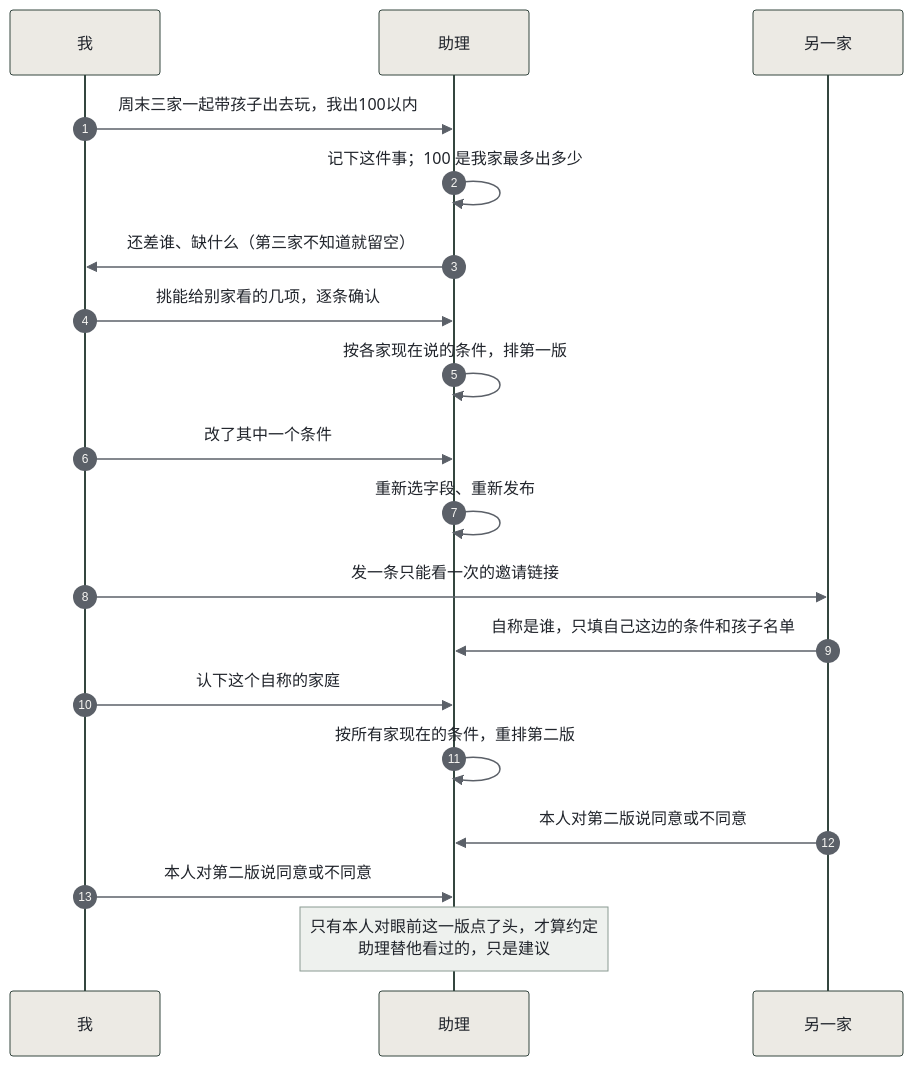
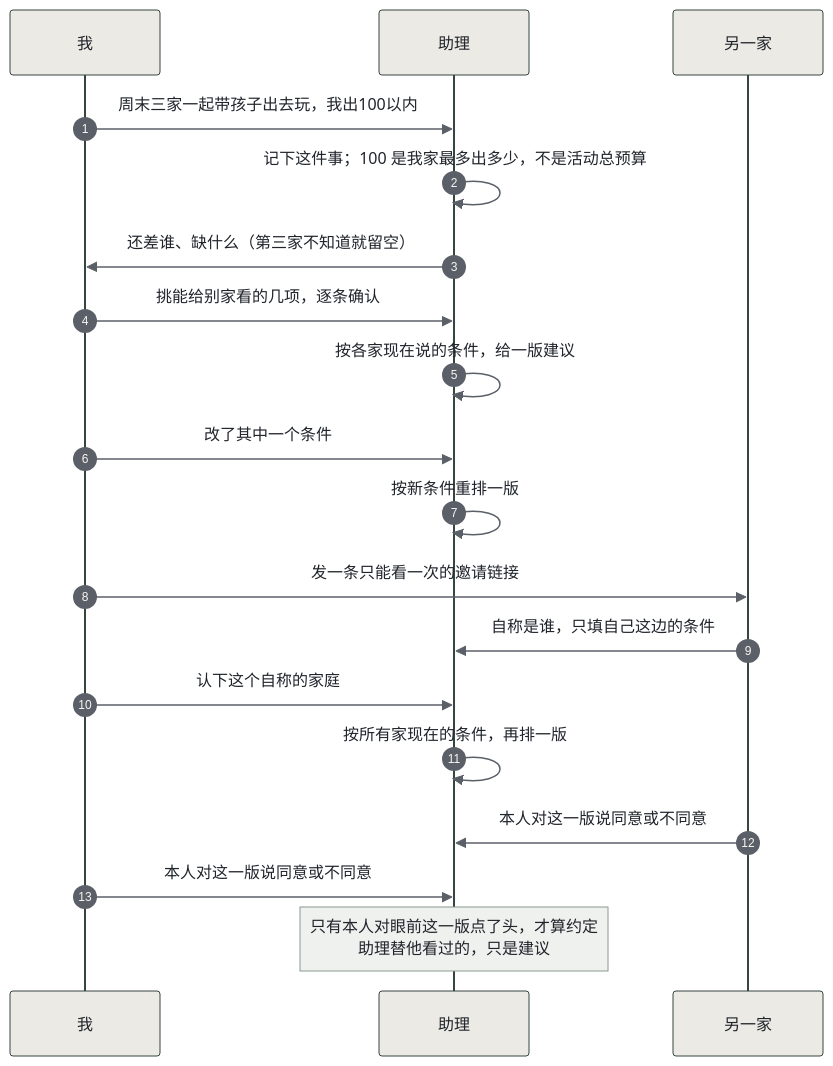
Before and after one commit to larisfavour-lang/personal-ai-hackathon: the second of 4 diagrams in README.md, drawn with Mermaid. The commit also changed other lines of this file and 1 other file, not shown here.

Commit message:
docs: sync poster and diagrams with README; add poster generator

````diff
--- a/README.md
+++ b/README.md
@@ -67,22 +67,22 @@
 ```mermaid
 %%{init: {"theme":"base","themeVariables":{"background":"#f7f6f3","mainBkg":"#eceae4","primaryColor":"#eceae4","primaryTextColor":"#20242b","primaryBorderColor":"#34463f","secondaryColor":"#eef1ee","secondaryBorderColor":"#8a9a92","tertiaryColor":"#f7f6f3","tertiaryBorderColor":"#d9d6cf","lineColor":"#5b6068","textColor":"#20242b","fontFamily":"PingFang SC, Microsoft YaHei, sans-serif","fontSize":"15px","clusterBkg":"#f7f6f3","clusterBorder":"#d9d6cf","edgeLabelBackground":"#f7f6f3","nodeBorder":"#34463f","actorBkg":"#eceae4","actorBorder":"#34463f","actorTextColor":"#20242b","signalColor":"#5b6068","signalTextColor":"#20242b","noteBkgColor":"#eef1ee","noteTextColor":"#20242b","noteBorderColor":"#8a9a92","labelBoxBkgColor":"#eceae4","labelBoxBorderColor":"#34463f","labelTextColor":"#20242b","sequenceNumberColor":"#f7f6f3","activationBkgColor":"#eef1ee","activationBorderColor":"#8a9a92"}}}%%
 sequenceDiagram
   autonumber
   participant U as 我
   participant A as 助理
   participant F as 另一家
   U->>A: 周末三家一起带孩子出去玩，我出100以内
-  A->>A: 记下这件事；100 是我家最多出多少
+  A->>A: 记下这件事；100 是我家最多出多少，不是活动总预算
   A->>U: 还差谁、缺什么（第三家不知道就留空）
   U->>A: 挑能给别家看的几项，逐条确认
-  A->>A: 按各家现在说的条件，排第一版
+  A->>A: 按各家现在说的条件，给一版建议
   U->>A: 改了其中一个条件
-  A->>A: 重新选字段、重新发布
+  A->>A: 按新条件重排一版
   U->>F: 发一条只能看一次的邀请链接
-  F->>A: 自称是谁，只填自己这边的条件和孩子名单
+  F->>A: 自称是谁，只填自己这边的条件
   U->>A: 认下这个自称的家庭
-  A->>A: 按所有家现在的条件，重排第二版
-  F->>A: 本人对第二版说同意或不同意
-  U->>A: 本人对第二版说同意或不同意
+  A->>A: 按所有家现在的条件，再排一版
+  F->>A: 本人对这一版说同意或不同意
+  U->>A: 本人对这一版说同意或不同意
   Note over A: 只有本人对眼前这一版点了头，才算约定<br/>助理替他看过的，只是建议
 ```
````
